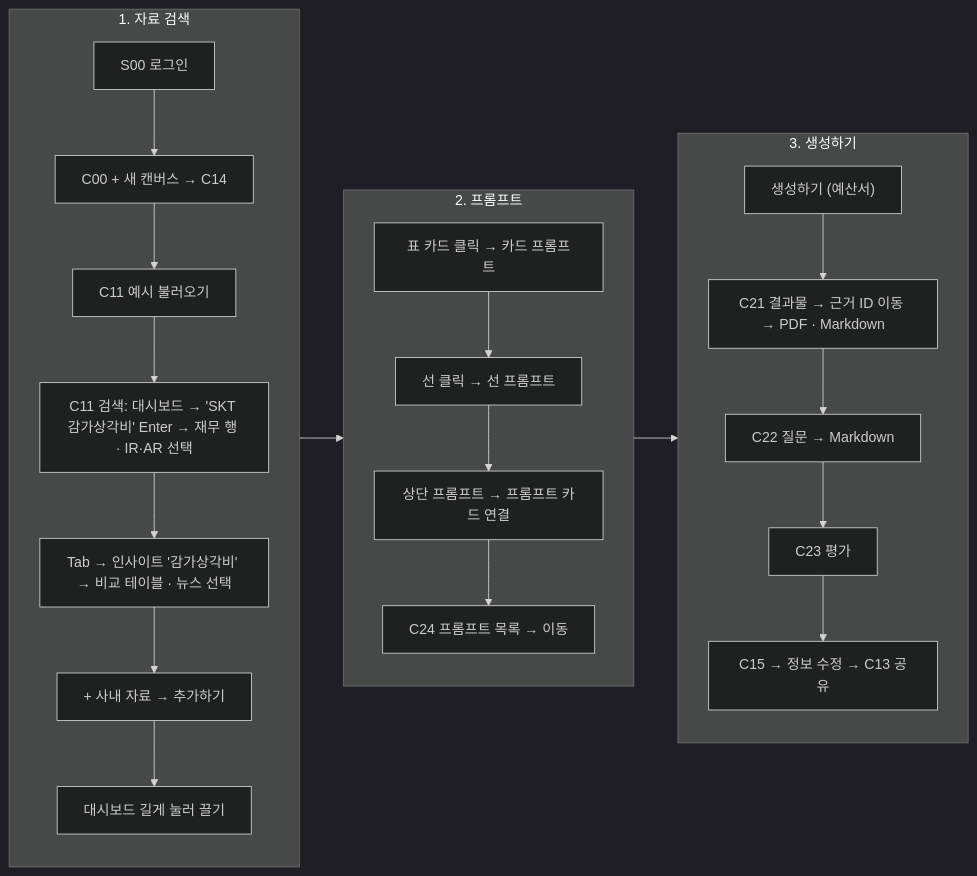
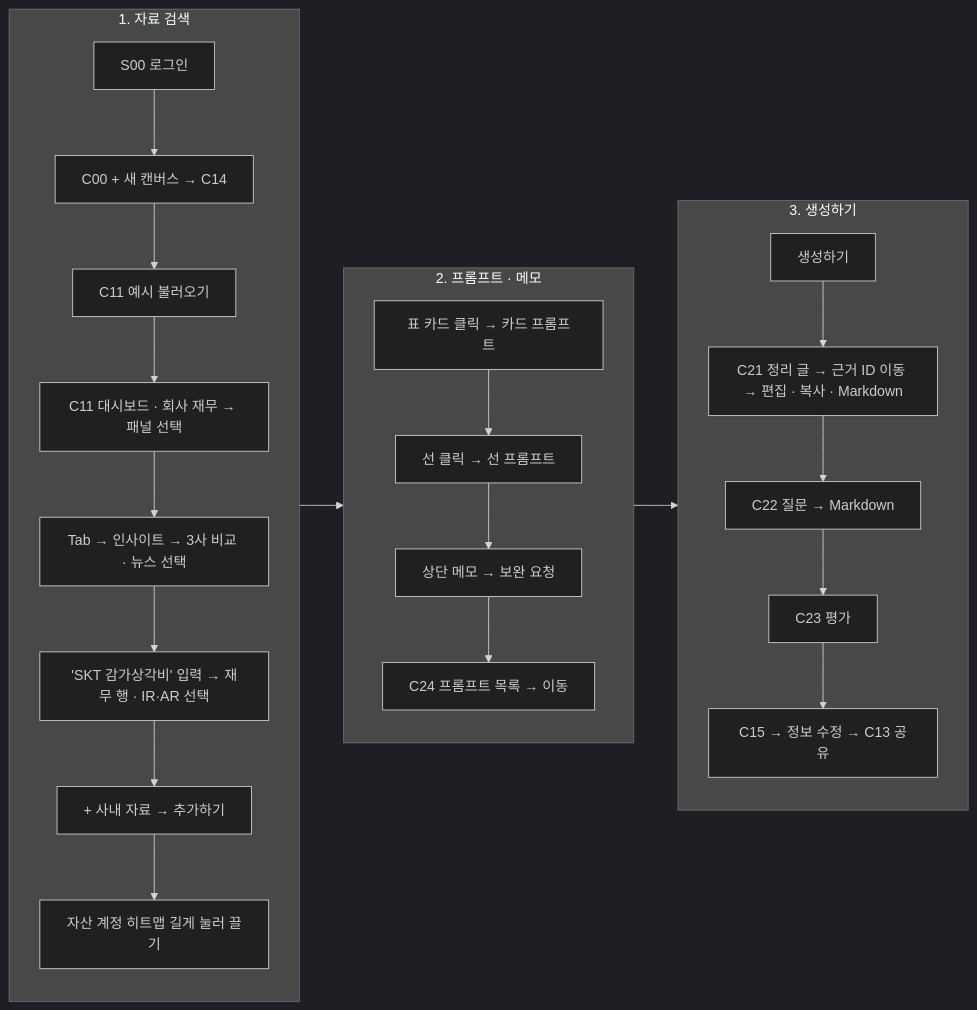
Diagram 12 of 12 in docs/frontend/ia.md (vamos-team/telescope), drawn with Mermaid (dark theme) before and after one commit. The commit also changed other lines of this file and 3 other files, not shown here.

````diff
--- a/docs/frontend/ia.md
+++ b/docs/frontend/ia.md
@@ -512,13 +532,13 @@
 ```mermaid
 flowchart LR
   subgraph D1["1. 자료 검색"]
-    a["S00 로그인"] --> a2["C00 + 새 캔버스 → C14"] --> b["C11 예시 불러오기"] --> c["C11 검색: 대시보드 → 'SKT 감가상각비' Enter → 재무 행 · IR·AR 선택"] --> c2["Tab → 인사이트 '감가상각비' → 비교 테이블 · 뉴스 선택"] --> d["+ 사내 자료 → 추가하기"] --> d2["대시보드 길게 눌러 끌기"]
+    a["S00 로그인"] --> a2["C00 + 새 캔버스 → C14"] --> b["C11 예시 불러오기"] --> c["C11 대시보드 · 회사 재무 → 패널 선택"] --> c2["Tab → 인사이트 → 3사 비교 · 뉴스 선택"] --> c3["'SKT 감가상각비' 입력 → 재무 행 · IR·AR 선택"] --> d["+ 사내 자료 → 추가하기"] --> d2["자산 계정 히트맵 길게 눌러 끌기"]
   end
-  subgraph D2["2. 프롬프트"]
-    e["표 카드 클릭 → 카드 프롬프트"] --> f["선 클릭 → 선 프롬프트"] --> g["상단 프롬프트 → 프롬프트 카드 연결"] --> g2["C24 프롬프트 목록 → 이동"]
+  subgraph D2["2. 프롬프트 · 메모"]
+    e["표 카드 클릭 → 카드 프롬프트"] --> f["선 클릭 → 선 프롬프트"] --> g["상단 메모 → 보완 요청"] --> g2["C24 프롬프트 목록 → 이동"]
   end
   subgraph D3["3. 생성하기"]
-    h["생성하기 (예산서)"] --> i["C21 결과물 → 근거 ID 이동 → PDF · Markdown"] --> j["C22 질문 → Markdown"] --> k["C23 평가"] --> l["C15 → 정보 수정 → C13 공유"]
+    h["생성하기"] --> i["C21 정리 글 → 근거 ID 이동 → 편집 · 복사 · Markdown"] --> j["C22 질문 → Markdown"] --> k["C23 평가"] --> l["C15 → 정보 수정 → C13 공유"]
   end
   D1 --> D2 --> D3
 ```
````
